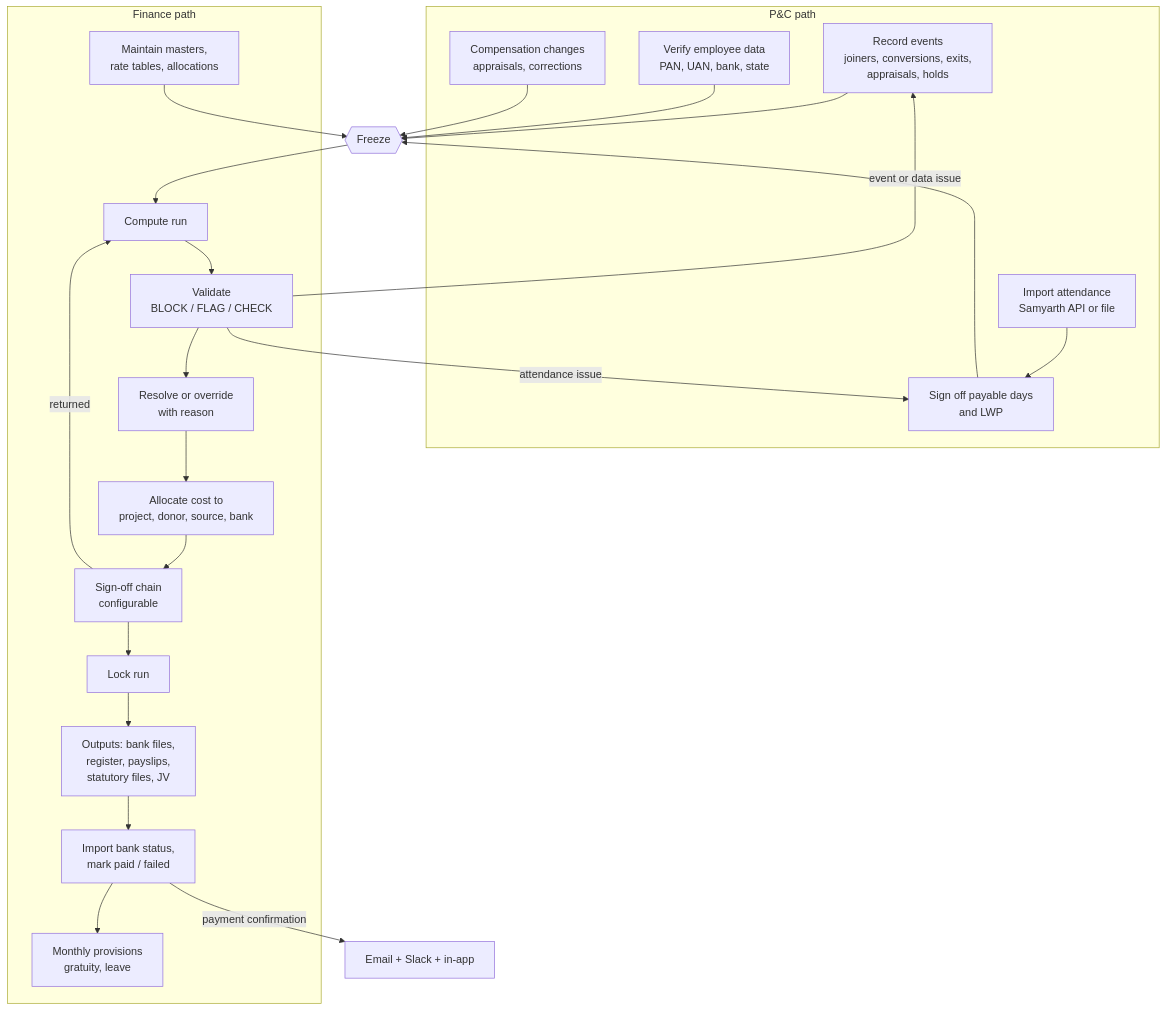
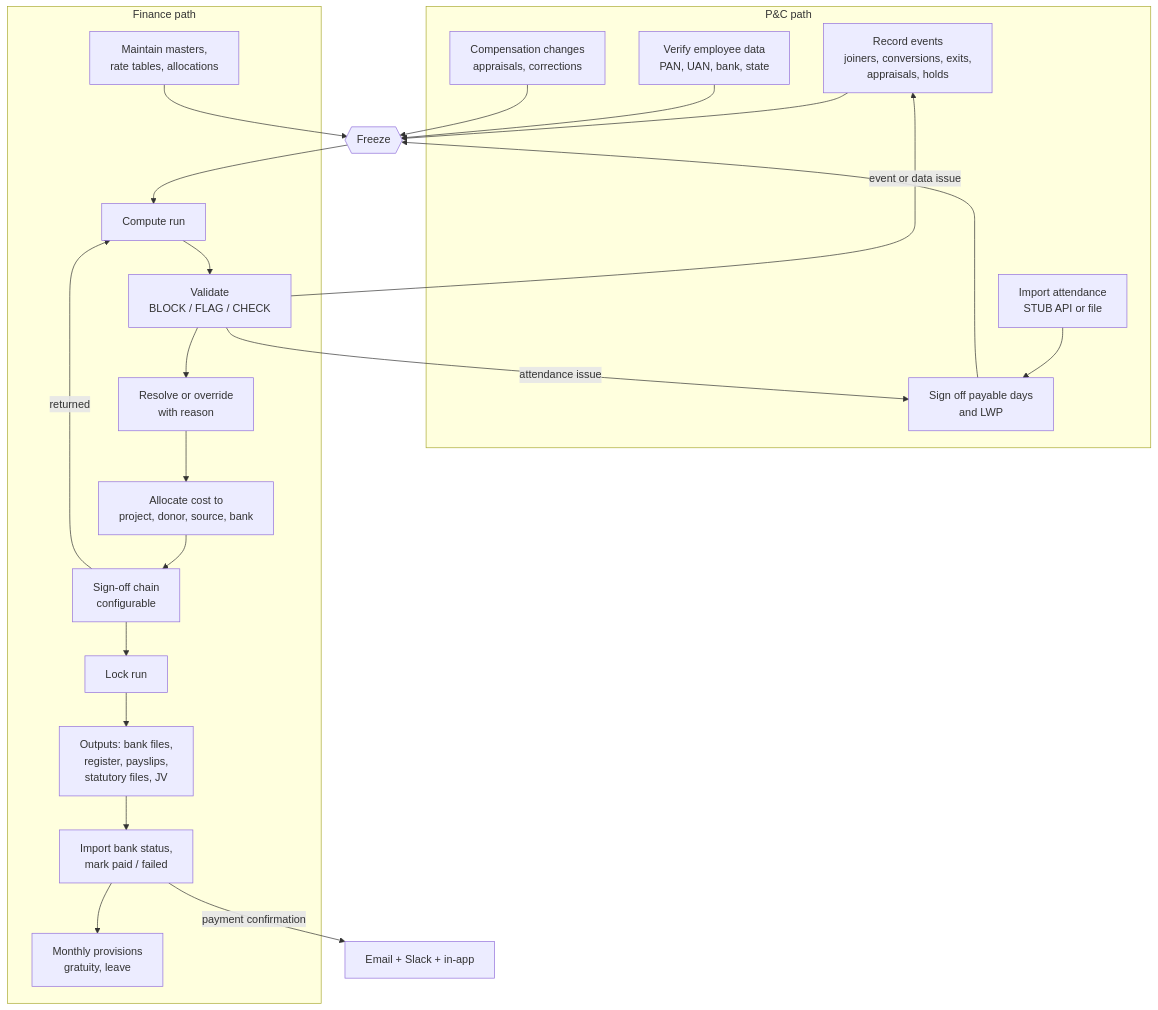
The fourth of 6 diagrams in docs/payroll/design.md (Sharmistha-622/pnc-elc-platform), drawn with Mermaid before and after one commit. The commit also changed other lines of this file and 5 other files, not shown here.

First line of the commit message:
docs(payroll): STUB attendance, vault tables in Phase 0, owners

````diff
--- a/docs/payroll/design.md
+++ b/docs/payroll/design.md
@@ -306,37 +304,37 @@
 ```mermaid
 flowchart TB
   subgraph PNC["P&C path"]
     P1[Record events<br/>joiners, conversions, exits,<br/>appraisals, holds]
     P2[Verify employee data<br/>PAN, UAN, bank, state]
-    P3[Import attendance<br/>Samyarth API or file]
+    P3[Import attendance<br/>STUB API or file]
     P4[Sign off payable days<br/>and LWP]
     P5[Compensation changes<br/>appraisals, corrections]
   end
 
   subgraph FIN["Finance path"]
     F1[Maintain masters,<br/>rate tables, allocations]
     F2[Compute run]
     F3[Validate<br/>BLOCK / FLAG / CHECK]
     F4[Resolve or override<br/>with reason]
     F5[Allocate cost to<br/>project, donor, source, bank]
     F6[Sign-off chain<br/>configurable]
     F7[Lock run]
     F8[Outputs: bank files,<br/>register, payslips,<br/>statutory files, JV]
     F9[Import bank status,<br/>mark paid / failed]
     F10[Monthly provisions<br/>gratuity, leave]
   end
 
   FRZ{{Freeze}}
   P1 --> FRZ
   P2 --> FRZ
   P3 --> P4 --> FRZ
   P5 --> FRZ
   F1 --> FRZ
   FRZ --> F2 --> F3
   F3 -- "event or data issue" --> P1
   F3 -- "attendance issue" --> P4
   F3 --> F4 --> F5 --> F6
   F6 -- "returned" --> F2
   F6 --> F7 --> F8 --> F9 --> F10
   F9 -- "payment confirmation" --> NOTIFY[Email + Slack + in-app]
 ```
````
